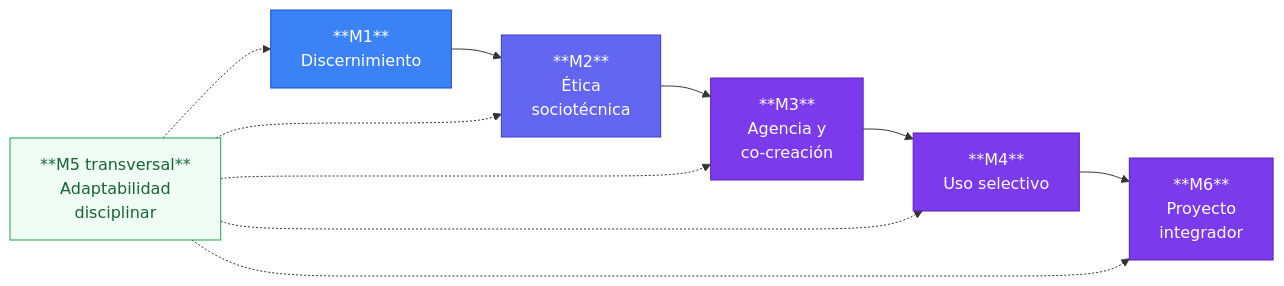
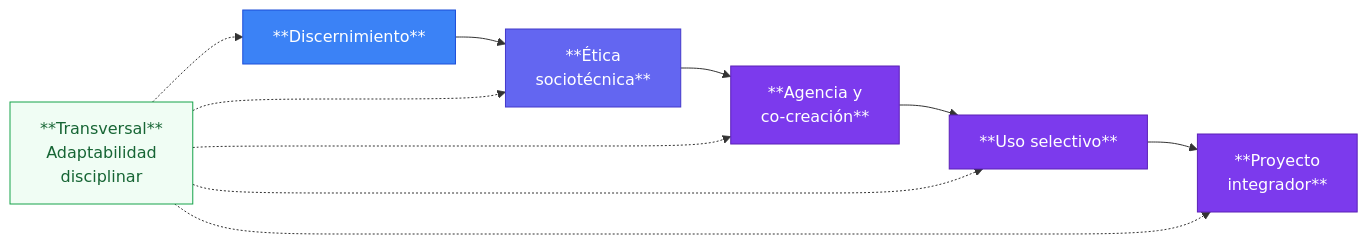
The third of 3 diagrams in content/formacion-docente/mapa-literacidades-ia/index.md (arqueon/aprendizaje-ia), drawn with Mermaid before and after one commit. The commit also changed other lines of this file and 253 other files, not shown here.

```diff
--- a/content/formacion-docente/mapa-literacidades-ia/index.md
+++ b/content/formacion-docente/mapa-literacidades-ia/index.md
@@ -126,23 +126,23 @@
 {{< mermaid >}}
 flowchart LR
-    M1["**M1**<br/>Discernimiento"]
-    M2["**M2**<br/>Ética<br/>sociotécnica"]
-    M3["**M3**<br/>Agencia y<br/>co-creación"]
-    M4["**M4**<br/>Uso selectivo"]
-    M6["**M6**<br/>Proyecto<br/>integrador"]
-    M5["**M5 transversal**<br/>Adaptabilidad<br/>disciplinar"]
+    M1["**Discernimiento**"]
+    M2["**Ética<br/>sociotécnica**"]
+    M3["**Agencia y<br/>co-creación**"]
+    M4["**Uso selectivo**"]
+    M6["**Proyecto<br/>integrador**"]
+    M5["**Transversal**<br/>Adaptabilidad<br/>disciplinar"]
 
     M1 --> M2 --> M3 --> M4 --> M6
     M5 -.-> M1
     M5 -.-> M2
     M5 -.-> M3
     M5 -.-> M4
     M5 -.-> M6
 
     style M1 fill:#3b82f6,stroke:#1d4ed8,color:#ffffff
     style M2 fill:#6366f1,stroke:#4338ca,color:#ffffff
     style M3 fill:#7c3aed,stroke:#5b21b6,color:#ffffff
     style M4 fill:#7c3aed,stroke:#5b21b6,color:#ffffff
     style M6 fill:#7c3aed,stroke:#5b21b6,color:#ffffff
     style M5 fill:#f0fdf4,stroke:#16a34a,color:#166534
 {{< /mermaid >}}
```
